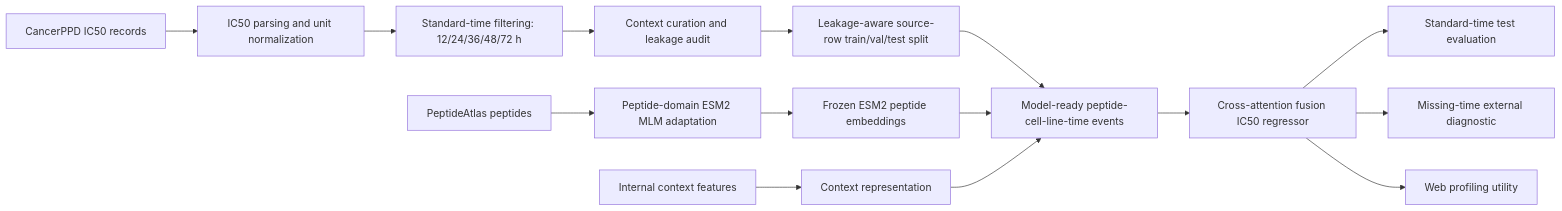
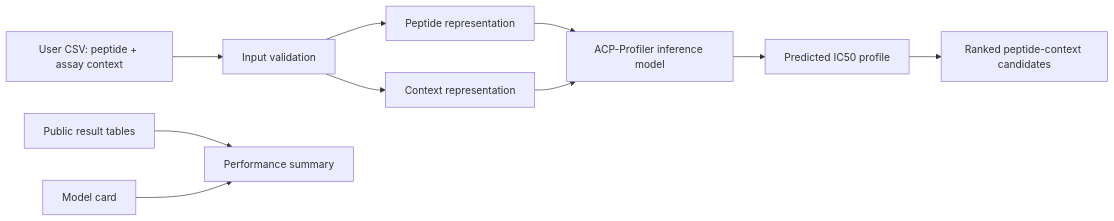
The first of 3 diagrams in docs/architecture.md (ChiShawn/acp-profiler-esm2), drawn with Mermaid before and after one commit. The commit also changed other lines of this file and 2 other files, not shown here.

Commit message:
Align architecture docs with public inference scope

````diff
--- a/docs/architecture.md
+++ b/docs/architecture.md
@@ -5,21 +5,13 @@
 ```mermaid
 flowchart LR
-    A[CancerPPD IC50 records] --> B[IC50 parsing and unit normalization]
-    B --> C[Standard-time filtering: 12/24/36/48/72 h]
-    C --> D[Context curation and leakage audit]
-    D --> E[Leakage-aware source-row train/val/test split]
+    A[User CSV: peptide + assay context] --> B[Input validation]
+    B --> C[Peptide representation]
+    B --> D[Context representation]
+    C --> E[ACP-Profiler inference model]
+    D --> E
+    E --> F[Predicted IC50 profile]
+    F --> G[Ranked peptide-context candidates]
 
-    F[PeptideAtlas peptides] --> G[Peptide-domain ESM2 MLM adaptation]
-    G --> H[Frozen ESM2 peptide embeddings]
-
-    I[Internal context features] --> J[Context representation]
-
-    E --> L[Model-ready peptide-cell-line-time events]
-    H --> L
-    J --> L
-
-    L --> M[Cross-attention fusion IC50 regressor]
-    M --> N[Standard-time test evaluation]
-    M --> O[Missing-time external diagnostic]
-    M --> P[Web profiling utility]
+    H[Public result tables] --> I[Performance summary]
+    J[Model card] --> I
 ```
````
